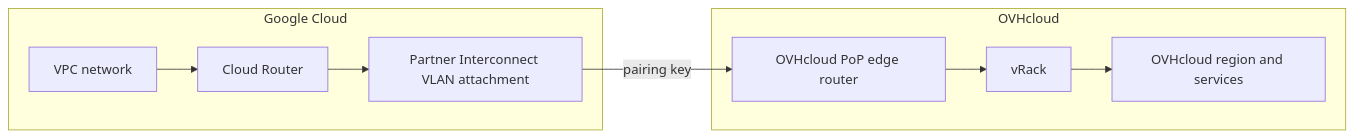
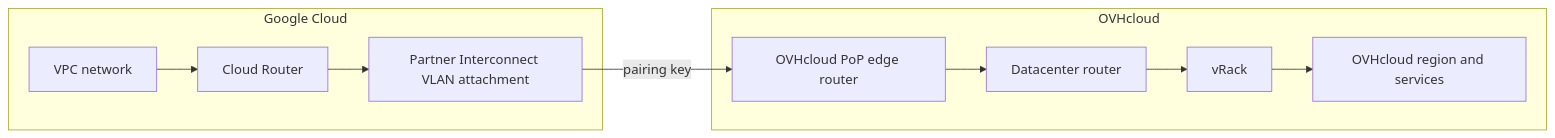
The diagram in docs/en/guides/network/ovhcloud-connect/occ-cross-cloud-gcp.mdx (ovh/ovhcloud-docs), drawn with Mermaid before and after one commit. The commit also changed other lines of this file and 1 other file, not shown here.

````diff
--- a/docs/en/guides/network/ovhcloud-connect/occ-cross-cloud-gcp.mdx
+++ b/docs/en/guides/network/ovhcloud-connect/occ-cross-cloud-gcp.mdx
@@ -57,12 +57,13 @@
 ```mermaid
 flowchart LR
   subgraph GCP[Google Cloud]
     VPC[VPC network] --> CR[Cloud Router]
     CR --> VA[Partner Interconnect VLAN attachment]
   end
   VA -->|pairing key| POP[OVHcloud PoP edge router]
   subgraph OVH[OVHcloud]
-    POP --> VR[vRack]
+    POP --> DCR[Datacenter router]
+    DCR --> VR[vRack]
     VR --> SVC[OVHcloud region and services]
   end
 ```
````
